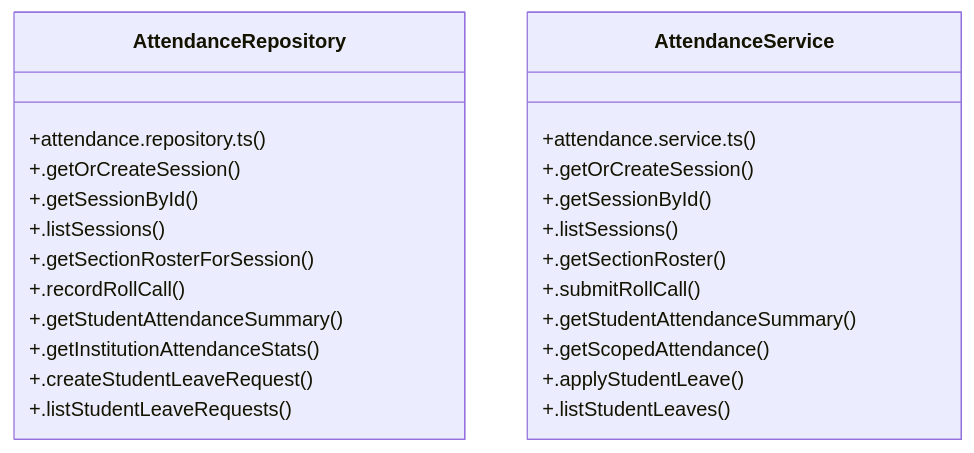
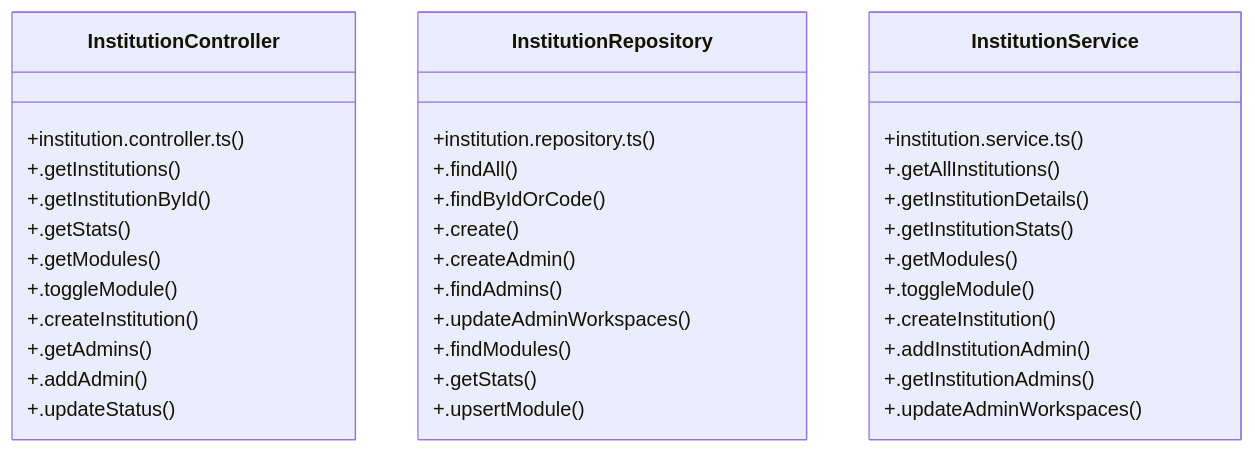
One commit to laxminivas06/vidforum changed the diagram in graphify-out/wiki/[StudentController_&_StudentRepository]_Cluster.md. Above: the diagram before and after it, drawn with Mermaid. The commit also changed other lines of this file and 118 other files, not shown here.

````diff
--- a/graphify-out/wiki/[StudentController_&_StudentRepository]_Cluster.md
+++ b/graphify-out/wiki/[StudentController_&_StudentRepository]_Cluster.md
@@ -36,27 +36,39 @@
 ```mermaid
 classDiagram
-    class AttendanceRepository {
-        +attendance.repository.ts()
-        +.getOrCreateSession()
-        +.getSessionById()
-        +.listSessions()
-        +.getSectionRosterForSession()
-        +.recordRollCall()
-        +.getStudentAttendanceSummary()
-        +.getInstitutionAttendanceStats()
-        +.createStudentLeaveRequest()
-        +.listStudentLeaveRequests()
+    class InstitutionController {
+        +institution.controller.ts()
+        +.getInstitutions()
+        +.getInstitutionById()
+        +.getStats()
+        +.getModules()
+        +.toggleModule()
+        +.createInstitution()
+        +.getAdmins()
+        +.addAdmin()
+        +.updateStatus()
     }
-    class AttendanceService {
-        +attendance.service.ts()
-        +.getOrCreateSession()
-        +.getSessionById()
-        +.listSessions()
-        +.getSectionRoster()
-        +.submitRollCall()
-        +.getStudentAttendanceSummary()
-        +.getScopedAttendance()
-        +.applyStudentLeave()
-        +.listStudentLeaves()
+    class InstitutionRepository {
+        +institution.repository.ts()
+        +.findAll()
+        +.findByIdOrCode()
+        +.create()
+        +.createAdmin()
+        +.findAdmins()
+        +.updateAdminWorkspaces()
+        +.findModules()
+        +.getStats()
+        +.upsertModule()
+    }
+    class InstitutionService {
+        +institution.service.ts()
+        +.getAllInstitutions()
+        +.getInstitutionDetails()
+        +.getInstitutionStats()
+        +.getModules()
+        +.toggleModule()
+        +.createInstitution()
+        +.addInstitutionAdmin()
+        +.getInstitutionAdmins()
+        +.updateAdminWorkspaces()
     }
 ```
````
